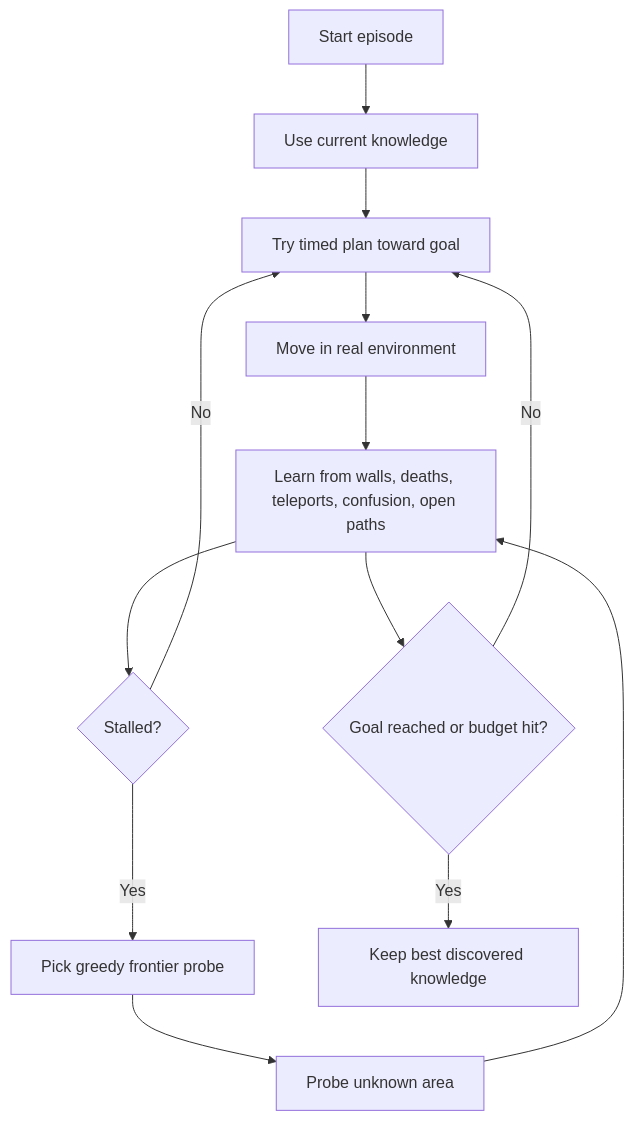
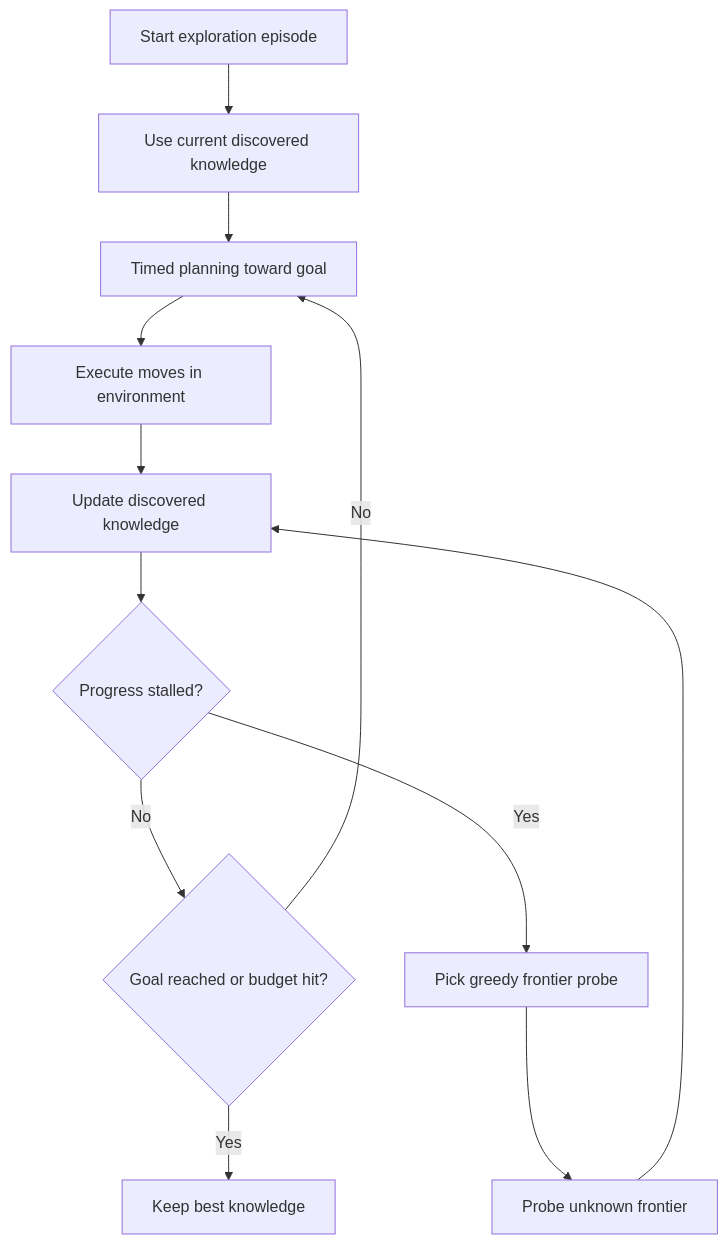
The second of 3 diagrams in README.md (Amuo007/MazeBot), drawn with Mermaid before and after one commit. The commit also changed other lines of this file, not shown here.

````diff
--- a/README.md
+++ b/README.md
@@ -240,15 +214,14 @@
 ```mermaid
 flowchart TD
-    A["Start episode"] --> B["Use current knowledge"]
-    B --> C["Try timed plan toward goal"]
-    C --> D["Move in real environment"]
-    D --> E["Learn from walls, deaths, teleports, confusion, open paths"]
-    E --> F{"Stalled?"}
-    F -- "No" --> C
-    F -- "Yes" --> G["Pick greedy frontier probe"]
-    G --> H["Probe unknown area"]
-    H --> E
-    E --> I{"Goal reached or budget hit?"}
-    I -- "No" --> C
-    I -- "Yes" --> J["Keep best discovered knowledge"]
+    A["Start exploration episode"] --> B["Use current discovered knowledge"]
+    B --> C["Timed planning toward goal"]
+    C --> D["Execute moves in environment"]
+    D --> E["Update discovered knowledge"]
+    E --> F{"Progress stalled?"}
+    F -- "No" --> G{"Goal reached or budget hit?"}
+    F -- "Yes" --> H["Pick greedy frontier probe"]
+    H --> I["Probe unknown frontier"]
+    I --> E
+    G -- "No" --> C
+    G -- "Yes" --> J["Keep best knowledge"]
 ```
````
